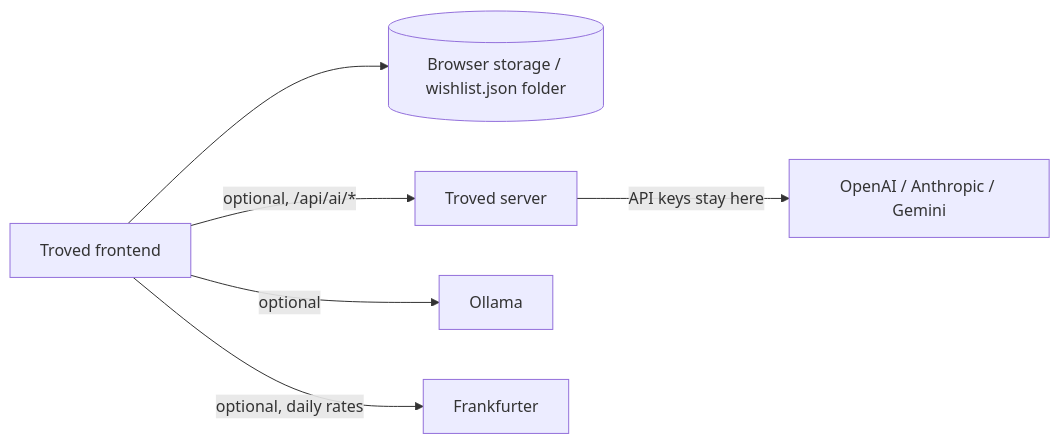
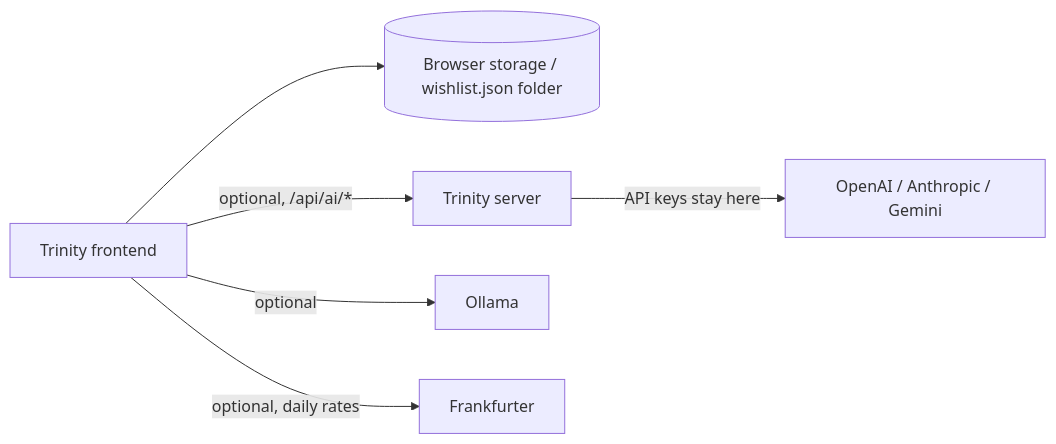
The diagram in README.md (LukaG712/Trinity), drawn with Mermaid before and after one commit. The commit also changed other lines of this file and 32 other files, not shown here.

First line of the commit message:
Rename project from Troved to Trinity

````diff
--- a/README.md
+++ b/README.md
@@ -206,8 +205,8 @@
 ```mermaid
 flowchart LR
-    Browser[Troved frontend] --> Store[(Browser storage / wishlist.json folder)]
-    Browser -->|optional, /api/ai/*| Server[Troved server]
+    Browser[Trinity frontend] --> Store[(Browser storage / wishlist.json folder)]
+    Browser -->|optional, /api/ai/*| Server[Trinity server]
     Server -->|API keys stay here| Cloud[OpenAI / Anthropic / Gemini]
     Browser -->|optional| Ollama[Ollama]
     Browser -->|optional, daily rates| FX[Frankfurter]
 ```
````
